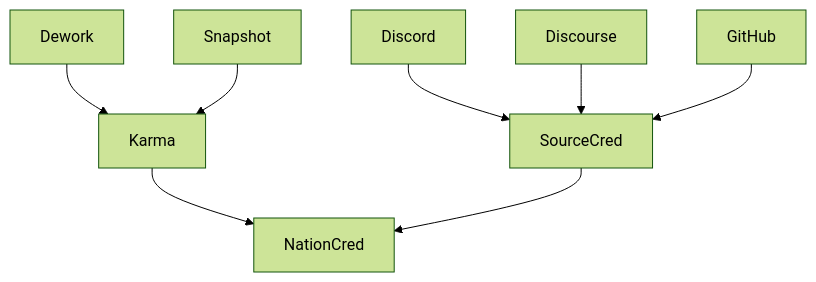
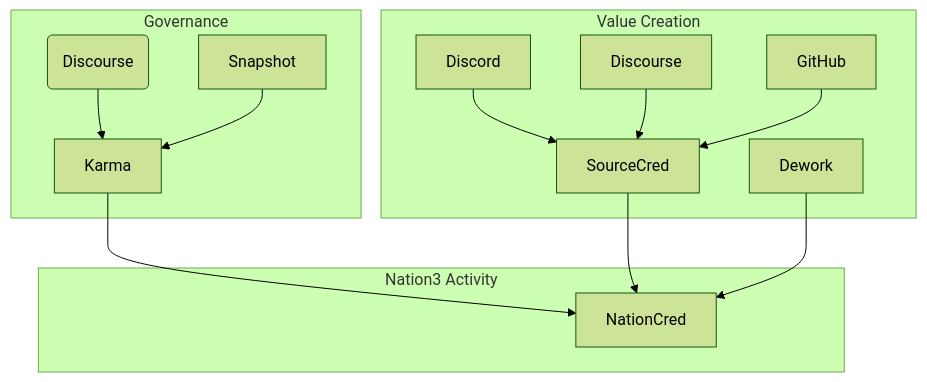
One commit to nation3/nationcred-datasets changed the diagram in README.md. Above: the diagram before and after it, drawn with Mermaid (forest theme).

````diff
--- a/README.md
+++ b/README.md
@@ -7,10 +7,21 @@
 ```mermaid
 graph TD;
-    Dework-->Karma;
+    subgraph Governance
+    Discourse_Karma(Discourse)-->Karma;
+    end
+    subgraph Value Creation
     Discord-->SourceCred;
     Discourse-->SourceCred;
     GitHub-->SourceCred;
+    Dework;
+    end
     Karma-->NationCred;
+    subgraph Governance
     Snapshot-->Karma;
+    end
     SourceCred-->NationCred;
+    subgraph Nation3 Activity
+    NationCred
+    end
+    Dework-->NationCred;
 ```
````
